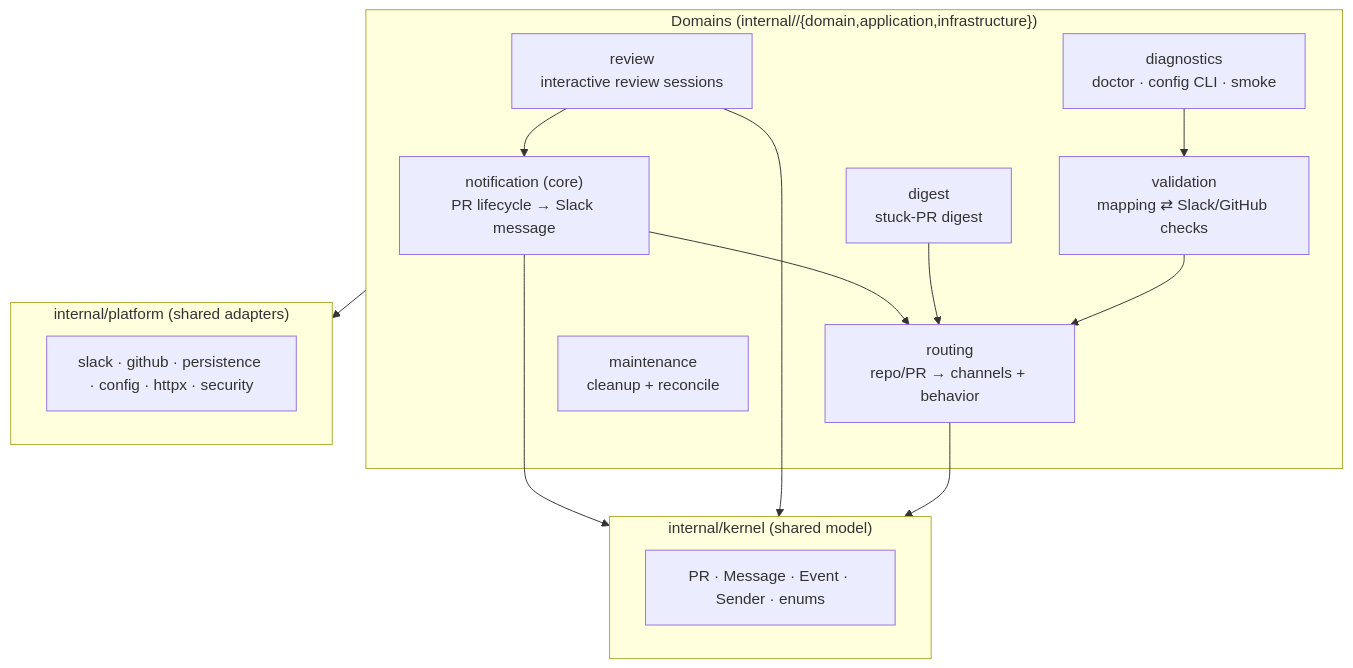
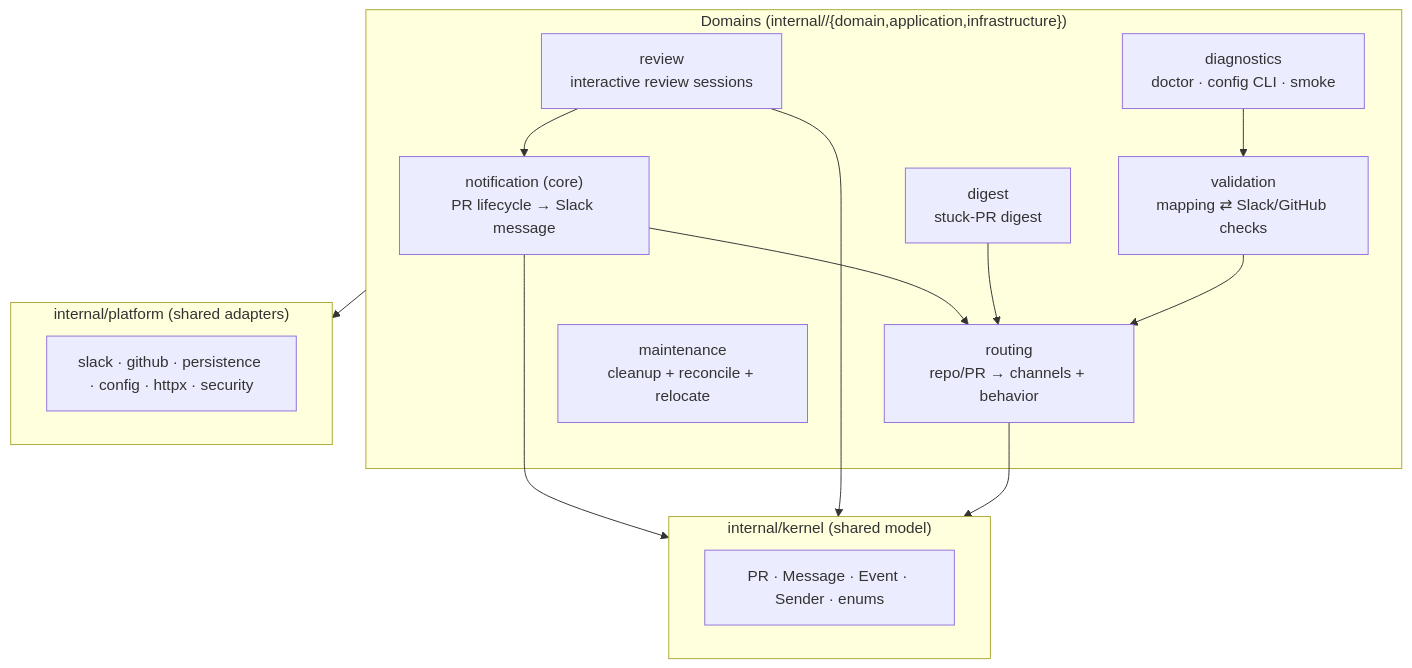
Before and after one commit to mptooling/notifycat: the diagram in ARCHITECTURE.md, drawn with Mermaid. The commit also changed other lines of this file and 36 other files, not shown here.

````diff
--- a/ARCHITECTURE.md
+++ b/ARCHITECTURE.md
@@ -59,27 +59,27 @@
 ```mermaid
 flowchart TB
   subgraph domains["Domains (internal/<domain>/{domain,application,infrastructure})"]
     notification["notification (core)<br/>PR lifecycle → Slack message"]
     review["review<br/>interactive review sessions"]
     routing["routing<br/>repo/PR → channels + behavior"]
     validation["validation<br/>mapping ⇄ Slack/GitHub checks"]
     digest["digest<br/>stuck-PR digest"]
-    maintenance["maintenance<br/>cleanup + reconcile"]
+    maintenance["maintenance<br/>cleanup + reconcile + relocate"]
     diagnostics["diagnostics<br/>doctor · config CLI · smoke"]
   end
   subgraph kernel["internal/kernel (shared model)"]
     k["PR · Message · Event · Sender · enums"]
   end
   subgraph platform["internal/platform (shared adapters)"]
     p["slack · github · persistence · config · httpx · security"]
   end
   notification --> kernel
   review --> kernel
   routing --> kernel
   notification --> routing
   review --> notification
   digest --> routing
   validation --> routing
   diagnostics --> validation
   domains --> platform
 ```
````
